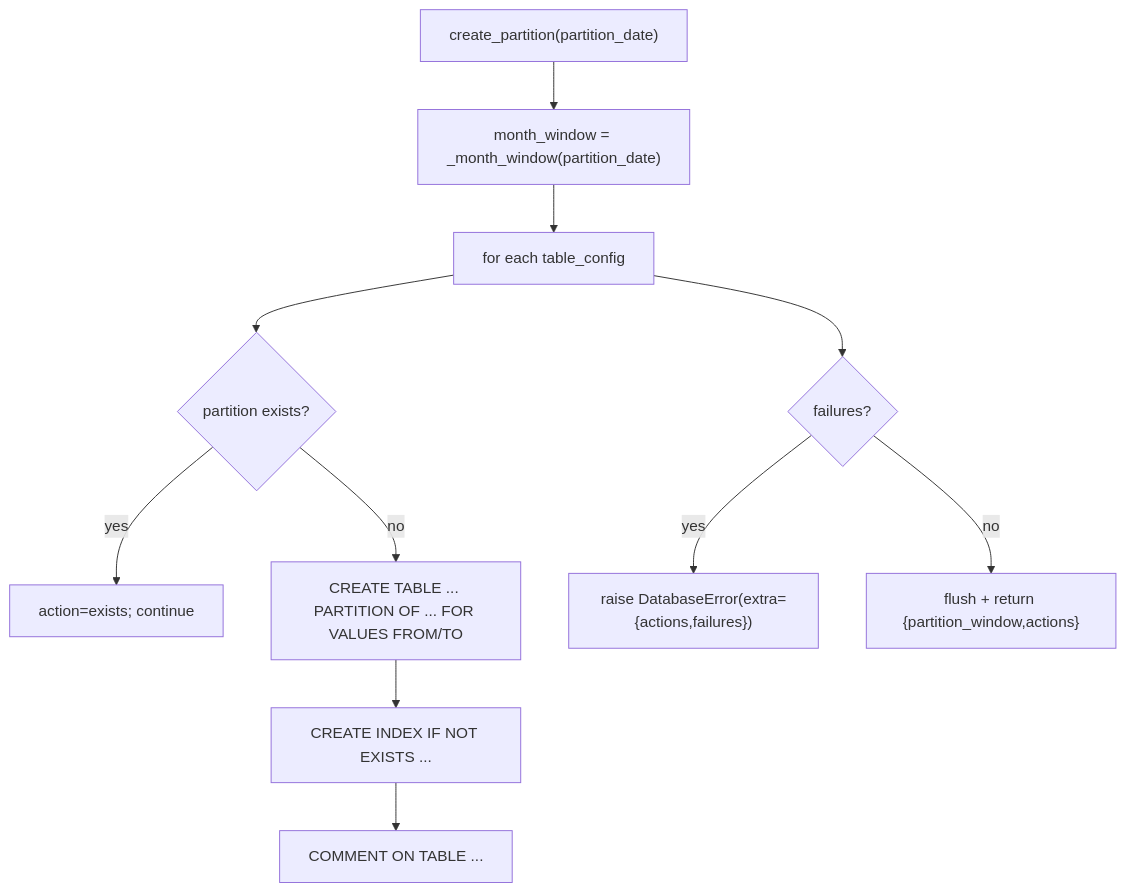
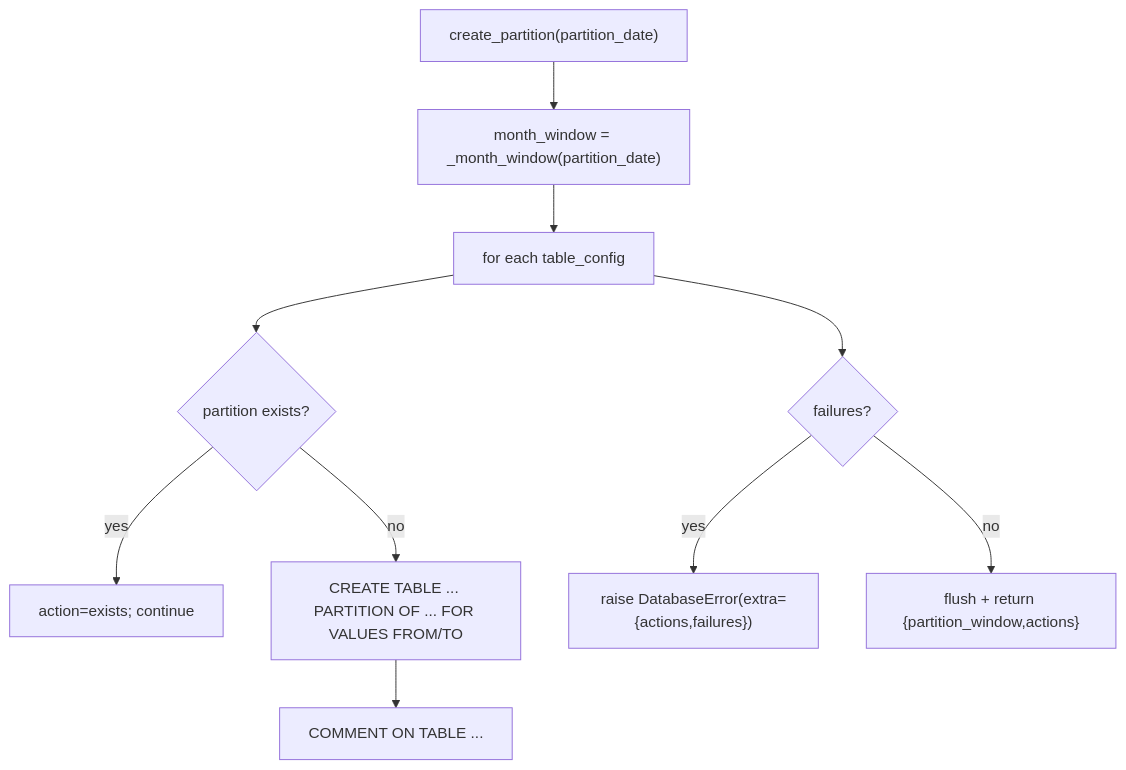
Before and after one commit to nyealovey/WhaleFall: the first of 2 diagrams in docs/Obsidian/Server/partition-services.md, drawn with Mermaid. The commit also changed other lines of this file and 24 other files, not shown here.

````diff
--- a/docs/Obsidian/Server/partition-services.md
+++ b/docs/Obsidian/Server/partition-services.md
@@ -70,13 +68,12 @@
 ```mermaid
 flowchart TB
     A["create_partition(partition_date)"] --> B["month_window = _month_window(partition_date)"]
     B --> C["for each table_config"]
     C --> D{partition exists?}
     D -- yes --> E["action=exists; continue"]
     D -- no --> F["CREATE TABLE ... PARTITION OF ... FOR VALUES FROM/TO"]
-    F --> G["CREATE INDEX IF NOT EXISTS ..."]
-    G --> H["COMMENT ON TABLE ..."]
+    F --> H["COMMENT ON TABLE ..."]
     C --> I{failures?}
     I -- yes --> J["raise DatabaseError(extra={actions,failures})"]
     I -- no --> K["flush + return {partition_window,actions}"]
 ```
````
